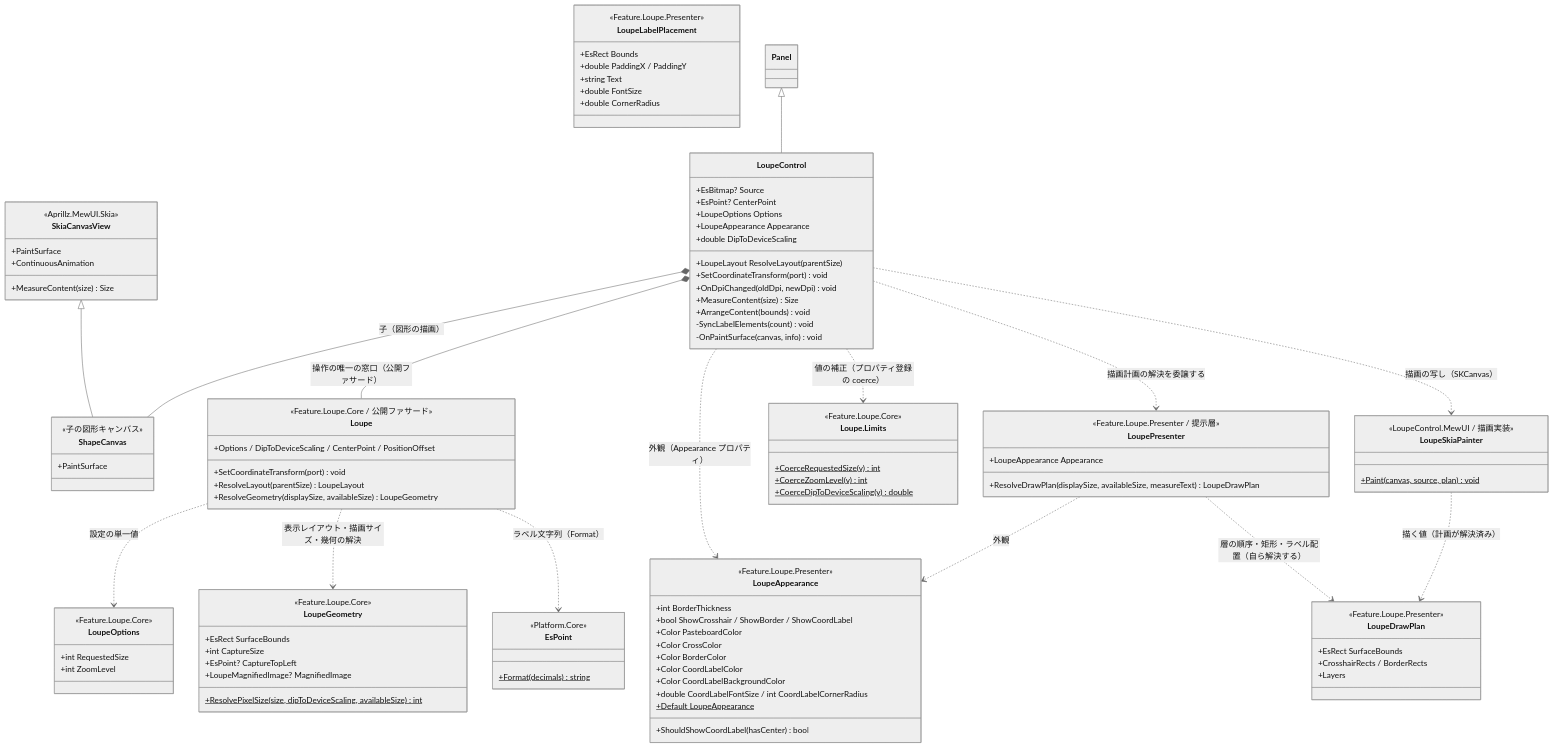
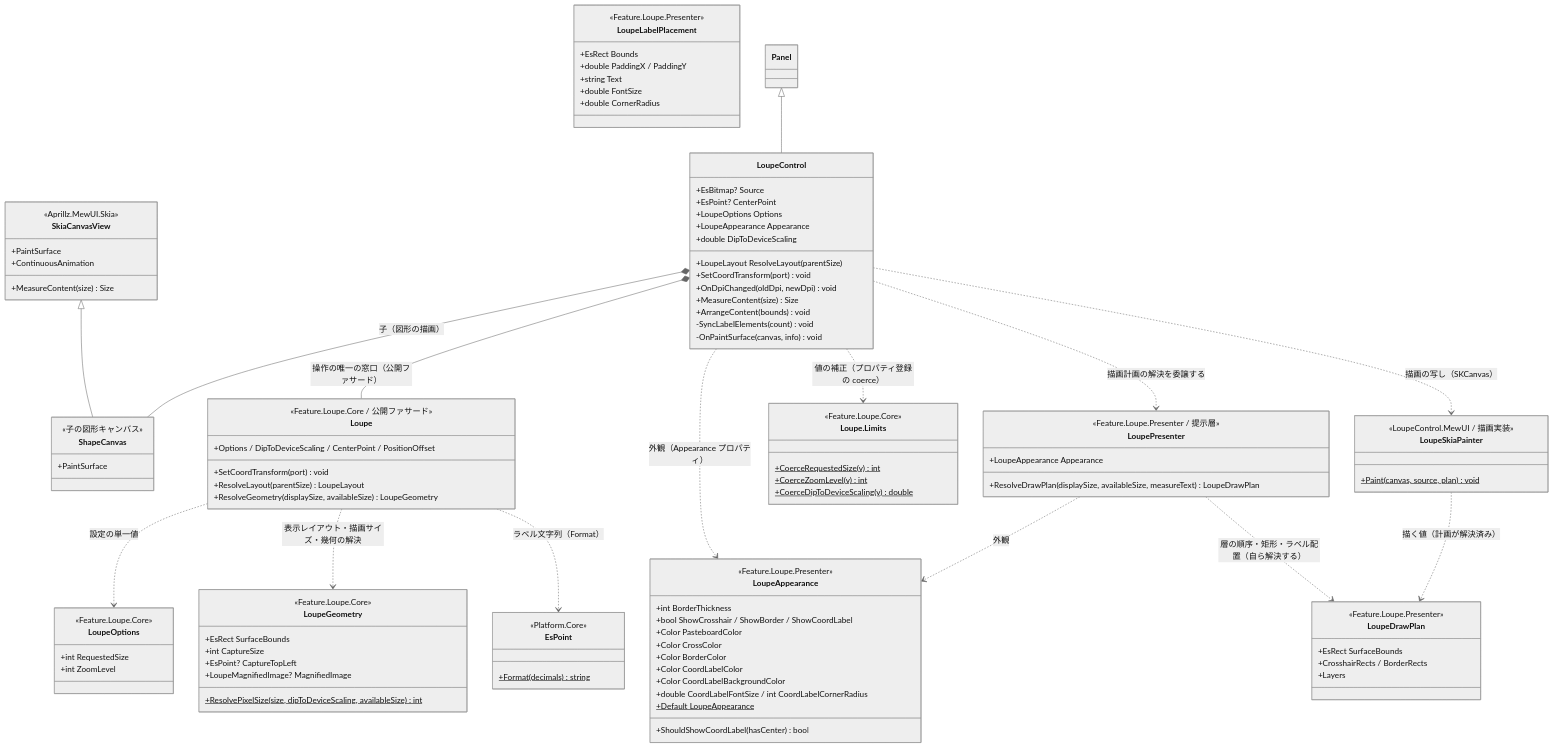
One commit to tomokuni/SaveEvidence changed the first of 2 diagrams in src/LoupeControl.MewUI/SPEC_System.md. Above: the diagram before and after it, drawn with Mermaid (neutral theme). The commit also changed other lines of this file and 110 other files, not shown here.

```diff
--- a/src/LoupeControl.MewUI/SPEC_System.md
+++ b/src/LoupeControl.MewUI/SPEC_System.md
@@ -87,7 +87,7 @@
         +LoupeAppearance Appearance
         +double DipToDeviceScaling
         +LoupeLayout ResolveLayout(parentSize)
-        +SetCoordinateTransform(port) void
+        +SetCoordTransform(port) void
         +OnDpiChanged(oldDpi, newDpi) void
         +MeasureContent(size) Size
         +ArrangeContent(bounds) void
@@ -156,7 +156,7 @@
     class Loupe {
         <<Feature.Loupe.Core / 公開ファサード>>
         +Options / DipToDeviceScaling / CenterPoint / PositionOffset
-        +SetCoordinateTransform(port) void
+        +SetCoordTransform(port) void
         +ResolveLayout(parentSize) LoupeLayout
         +ResolveGeometry(displaySize, availableSize) LoupeGeometry
     }
```
